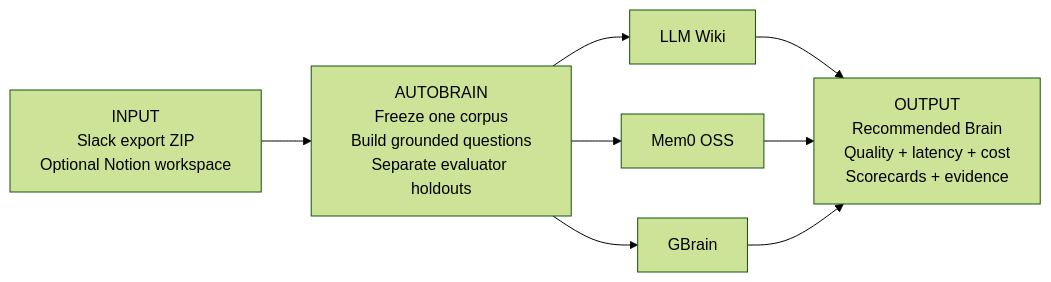
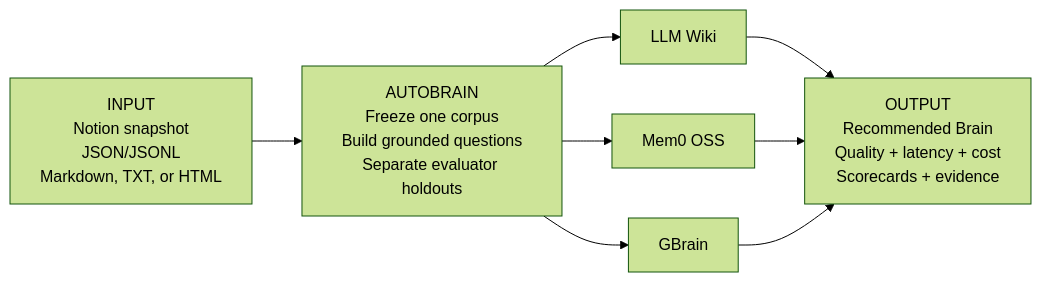
One commit to runbear-io/AutoBrain changed the first of 3 diagrams in README.md. Above: the diagram before and after it, drawn with Mermaid (forest theme). The commit also changed other lines of this file and 11 other files, not shown here.

````diff
--- a/README.md
+++ b/README.md
@@ -41,10 +41,10 @@
 ```mermaid
 flowchart LR
-    A["INPUT<br/>Slack export ZIP<br/>Optional Notion workspace"] --> B["AUTOBRAIN<br/>Freeze one corpus<br/>Build grounded questions<br/>Separate evaluator holdouts"]
+    A["INPUT<br/>Notion snapshot<br/>JSON/JSONL<br/>Markdown, TXT, or HTML"] --> B["AUTOBRAIN<br/>Freeze one corpus<br/>Build grounded questions<br/>Separate evaluator holdouts"]
     B --> C1["LLM Wiki"]
     B --> C2["Mem0 OSS"]
     B --> C3["GBrain"]
     C1 --> D["OUTPUT<br/>Recommended Brain<br/>Quality + latency + cost<br/>Scorecards + evidence"]
     C2 --> D
     C3 --> D
 ```
````
